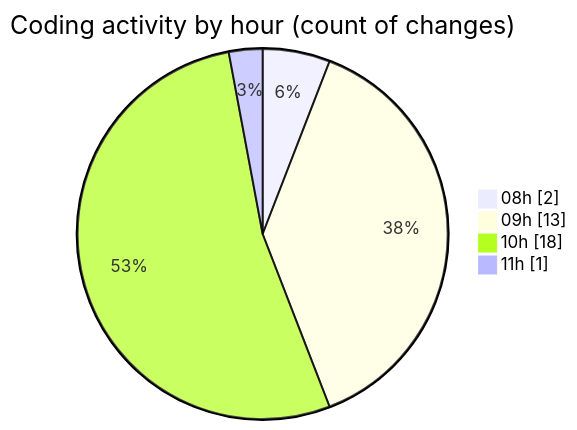
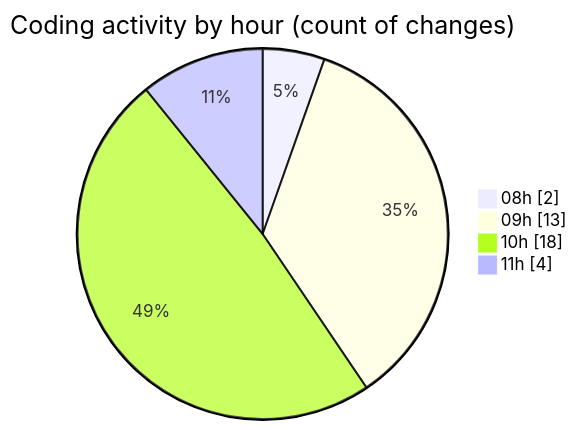
Before and after one commit to LanceThiago/code-tracking: the second of 2 diagrams in 2025-03-26/kml/README.md, drawn with Mermaid. The commit also changed other lines of this file and 1 other file, not shown here.

````diff
--- a/2025-03-26/kml/README.md
+++ b/2025-03-26/kml/README.md
@@ -32,8 +32,8 @@
 ```mermaid
 pie showData
 title Coding activity by hour (count of changes)
 "08h" : 2
 "09h" : 13
 "10h" : 18
-"11h" : 1
+"11h" : 4
 ```
````
